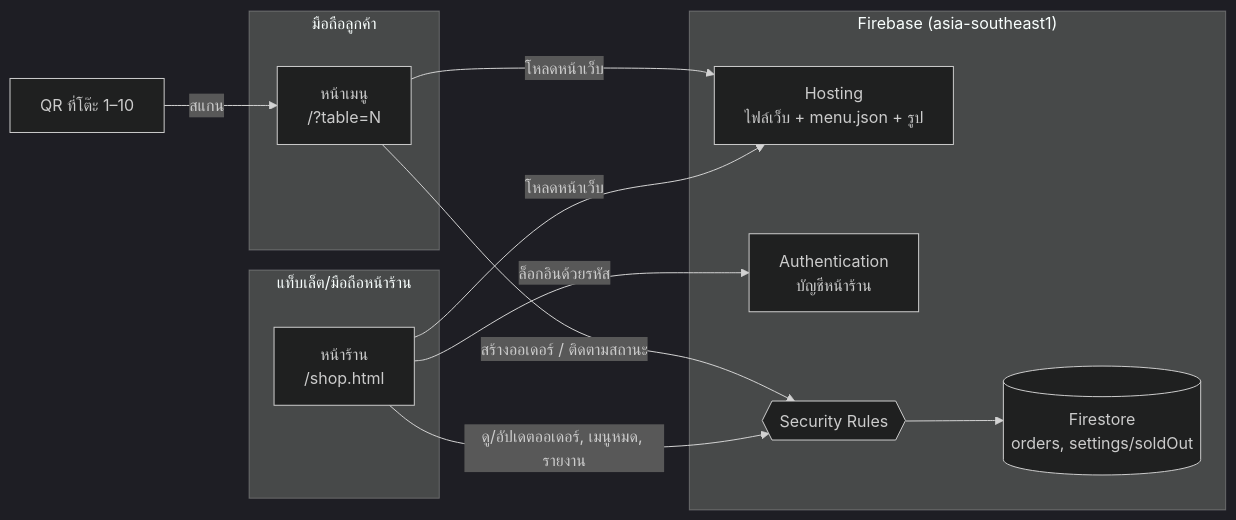
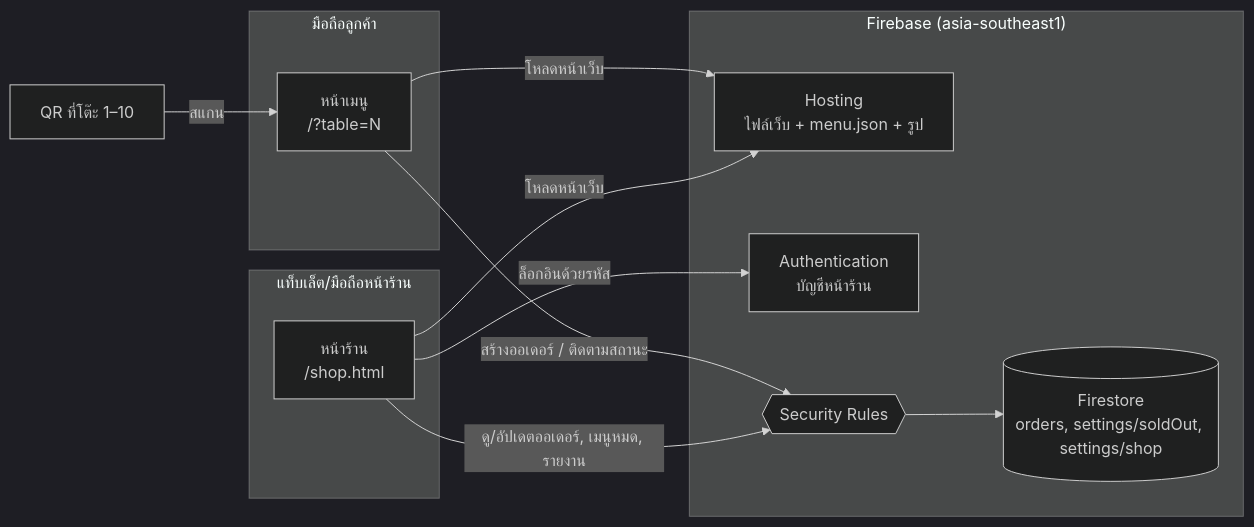
One commit to Jirawat66/LOONG-JOKE-Coffee-Tea-Soda changed the first of 3 diagrams in docs/SRS.md. Above: the diagram before and after it, drawn with Mermaid (dark theme). The commit also changed other lines of this file and 11 other files, not shown here.

````diff
--- a/docs/SRS.md
+++ b/docs/SRS.md
@@ -92,22 +93,22 @@
 ```mermaid
 flowchart LR
   subgraph Customer["มือถือลูกค้า"]
     M["หน้าเมนู<br/>/?table=N"]
   end
   subgraph Shop["แท็บเล็ต/มือถือหน้าร้าน"]
     S["หน้าร้าน<br/>/shop.html"]
   end
   subgraph Firebase["Firebase (asia-southeast1)"]
     H["Hosting<br/>ไฟล์เว็บ + menu.json + รูป"]
     A["Authentication<br/>บัญชีหน้าร้าน"]
-    F[("Firestore<br/>orders, settings/soldOut")]
+    F[("Firestore<br/>orders, settings/soldOut, settings/shop")]
     R{{"Security Rules"}}
   end
   QR["QR ที่โต๊ะ 1–10"] -->|สแกน| M
   M -->|โหลดหน้าเว็บ| H
   S -->|โหลดหน้าเว็บ| H
   S -->|ล็อกอินด้วยรหัส| A
   M -->|สร้างออเดอร์ / ติดตามสถานะ| R
   S -->|ดู/อัปเดตออเดอร์, เมนูหมด, รายงาน| R
   R --> F
 ```
````
